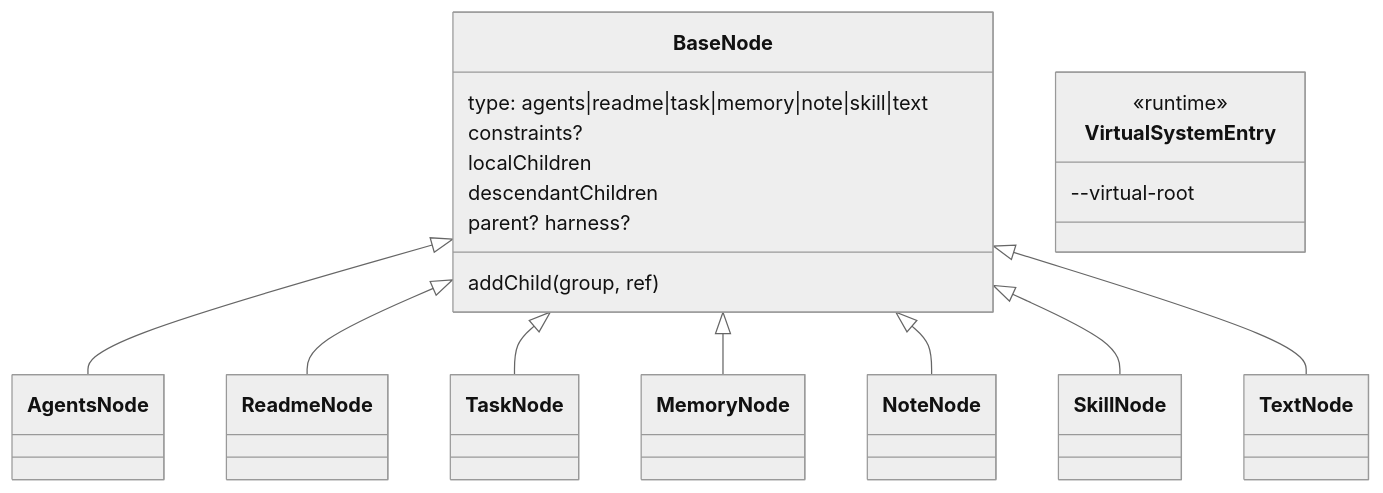
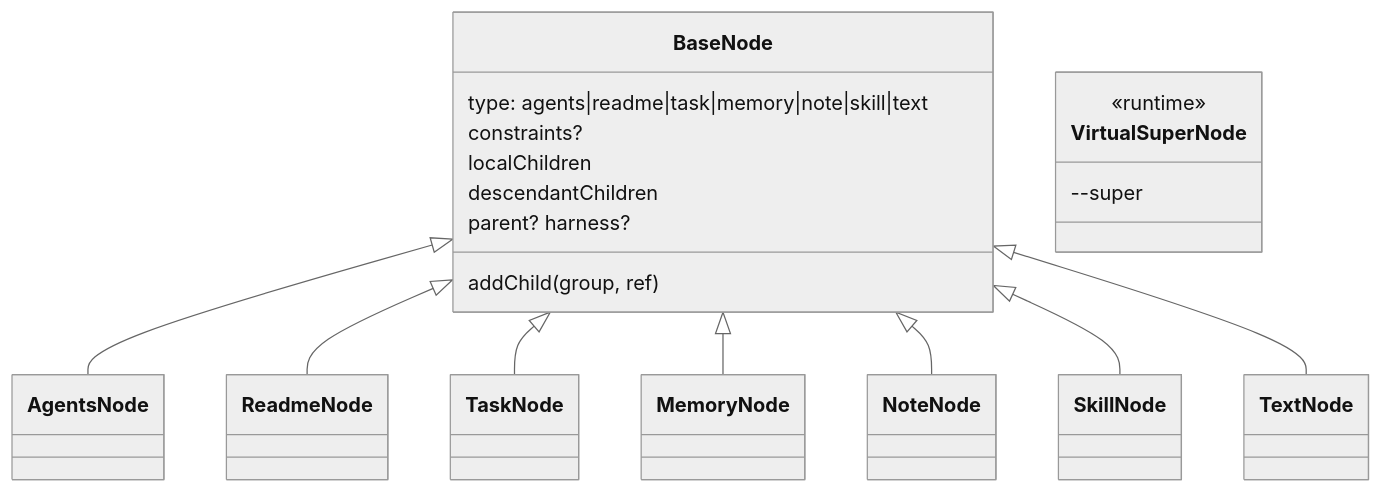
The third of 4 diagrams in docs/superpowers/plans/2026-10-06-recursive-system-two-entries.md (VirusPC/edges), drawn with Mermaid (neutral theme) before and after one commit. The commit also changed other lines of this file and 11 other files, not shown here.

First line of the commit message:
docs: 虚拟超节点与 --super 取代 virtual-root

````diff
--- a/docs/superpowers/plans/2026-10-06-recursive-system-two-entries.md
+++ b/docs/superpowers/plans/2026-10-06-recursive-system-two-entries.md
@@ -92,22 +92,22 @@
 ```mermaid
 classDiagram
   class BaseNode {
     type: agents|readme|task|memory|note|skill|text
     constraints?
     localChildren
     descendantChildren
     parent? harness?
     addChild(group, ref)
   }
   BaseNode <|-- AgentsNode
   BaseNode <|-- ReadmeNode
   BaseNode <|-- TaskNode
   BaseNode <|-- MemoryNode
   BaseNode <|-- NoteNode
   BaseNode <|-- SkillNode
   BaseNode <|-- TextNode
-  class VirtualSystemEntry {
+  class VirtualSuperNode {
     <<runtime>>
-    --virtual-root
+    --super
   }
 ```
````
